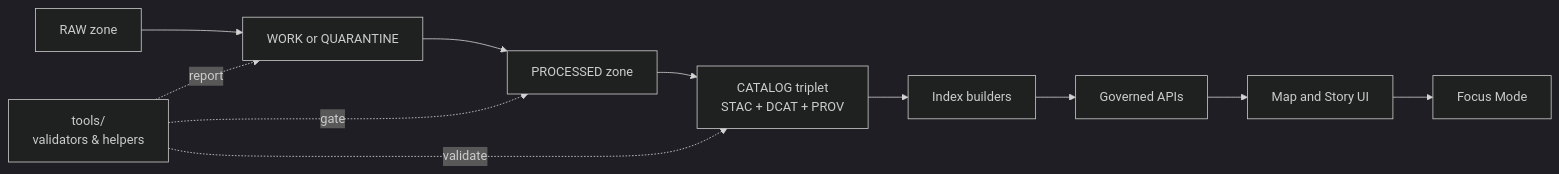
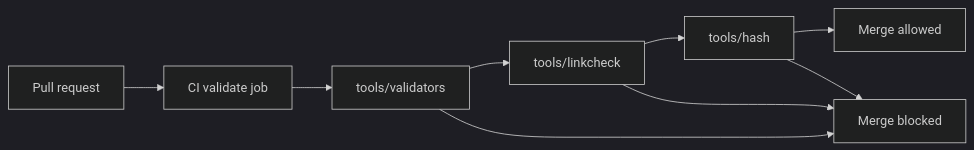
The diagram in tools/README.md (bartytime4life/Kansas-Frontier-Matrix), drawn with Mermaid (dark theme) before and after one commit. The commit also changed other lines of this file, not shown here.

````diff
--- a/tools/README.md
+++ b/tools/README.md
@@ -110,14 +92,12 @@
 ```mermaid
 flowchart LR
-  A[RAW zone] --> B[WORK or QUARANTINE]
-  B --> C[PROCESSED zone]
-  C --> D[CATALOG triplet<br/>STAC + DCAT + PROV]
-  D --> E[Index builders]
-  E --> F[Governed APIs]
-  F --> G[Map and Story UI]
-  G --> H[Focus Mode]
+  PR[Pull request] --> CI[CI validate job]
+  CI --> V[tools/validators]
+  V --> L[tools/linkcheck]
+  L --> H[tools/hash]
+  H --> OK[Merge allowed]
 
-  T[tools/<br/>validators & helpers] -.validate.-> D
-  T -.gate.-> C
-  T -.report.-> B
+  V --> BLOCK[Merge blocked]
+  L --> BLOCK
+  H --> BLOCK
 ```
````
